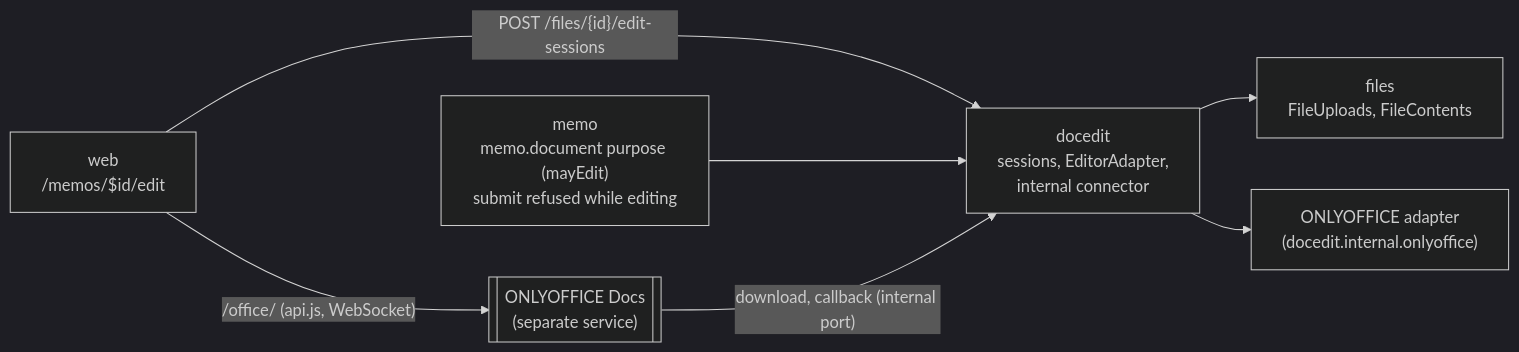
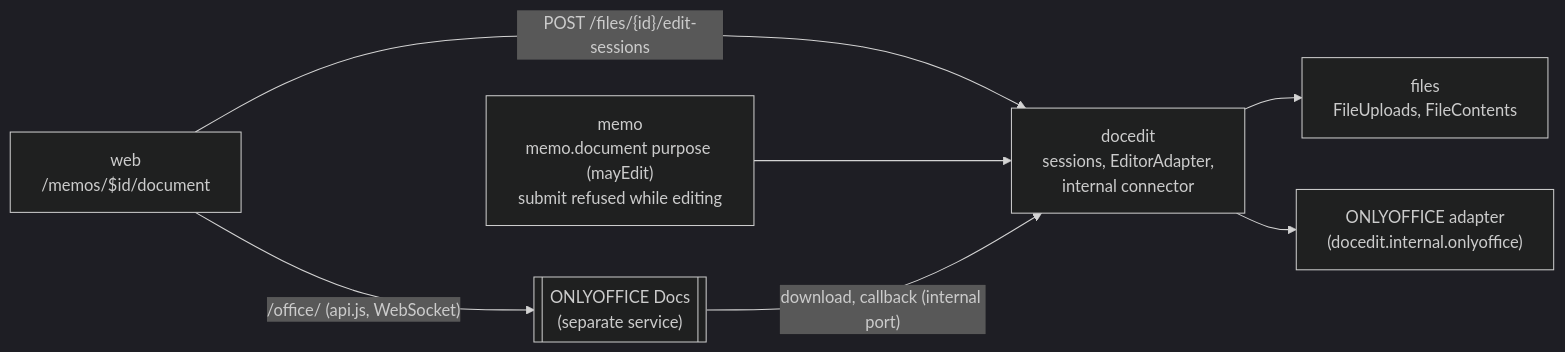
The first of 2 diagrams in docs/plan/phase-2-workflow-engine/epic-02-onlyoffice-editing/design.md (nazihar/memo-revamp), drawn with Mermaid (dark theme) before and after one commit. The commit also changed other lines of this file and 65 other files, not shown here.

````diff
--- a/docs/plan/phase-2-workflow-engine/epic-02-onlyoffice-editing/design.md
+++ b/docs/plan/phase-2-workflow-engine/epic-02-onlyoffice-editing/design.md
@@ -9,15 +9,15 @@
 ```mermaid
 flowchart LR
-  web["web<br/>/memos/$id/edit"]
+  web["web<br/>/memos/$id/document"]
   memo["memo<br/>memo.document purpose (mayEdit)<br/>submit refused while editing"]
   docedit["docedit<br/>sessions, EditorAdapter,<br/>internal connector"]
   oo["ONLYOFFICE adapter<br/>(docedit.internal.onlyoffice)"]
   files["files<br/>FileUploads, FileContents"]
   ds[["ONLYOFFICE Docs<br/>(separate service)"]]
   web -- "POST /files/{id}/edit-sessions" --> docedit
   web -- "/office/ (api.js, WebSocket)" --> ds
   memo --> docedit
   docedit --> files
   docedit --> oo
   ds -- "download, callback (internal port)" --> docedit
 ```
````
